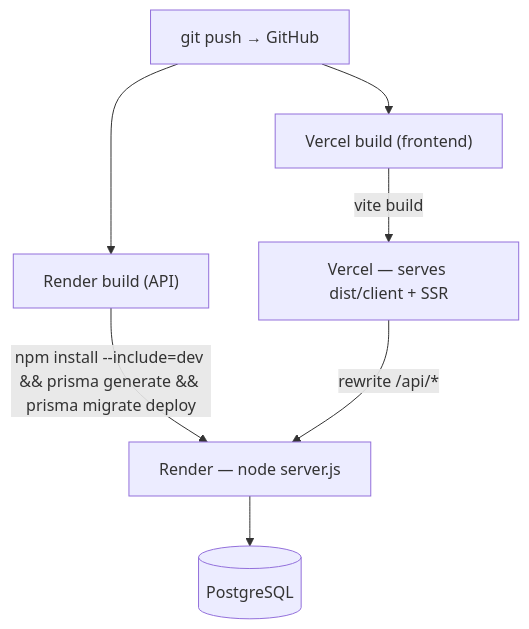
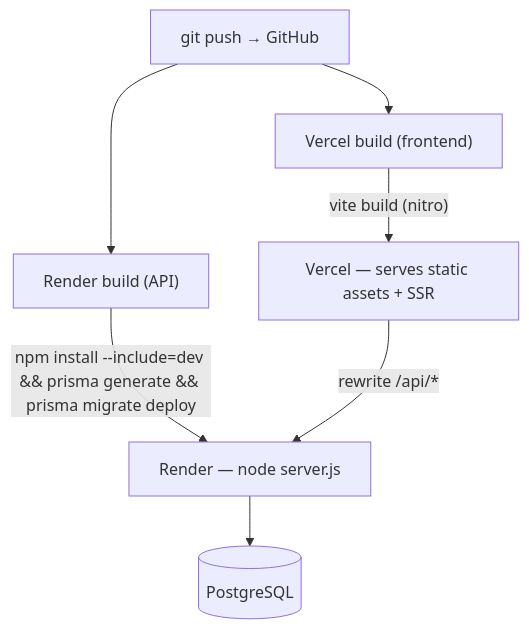
One commit to dooddles07/StayFlow changed the eighth of 15 diagrams in docs/ARCHITECTURE.md. Above: the diagram before and after it, drawn with Mermaid. The commit also changed other lines of this file and 14 other files, not shown here.

````diff
--- a/docs/ARCHITECTURE.md
+++ b/docs/ARCHITECTURE.md
@@ -317,9 +316,9 @@
 ```mermaid
 graph TD
   Dev["git push → GitHub"] --> VercelBuild["Vercel build (frontend)"]
   Dev --> RenderBuild["Render build (API)"]
-  VercelBuild -->|"vite build"| VercelServe["Vercel — serves dist/client + SSR"]
+  VercelBuild -->|"vite build (nitro)"| VercelServe["Vercel — serves static assets + SSR"]
   RenderBuild -->|"npm install --include=dev && prisma generate && prisma migrate deploy"| RenderStart["Render — node server.js"]
   VercelServe -->|"rewrite /api/*"| RenderStart
   RenderStart --> PG[("PostgreSQL")]
 ```
````
